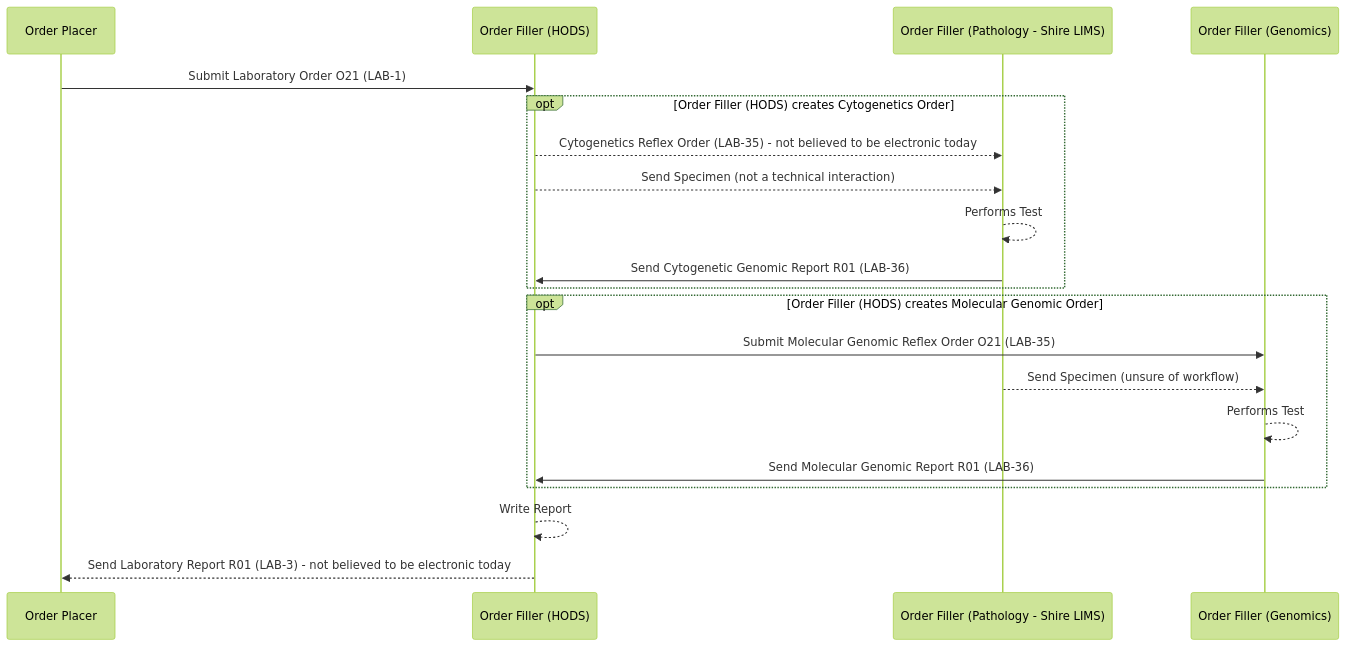
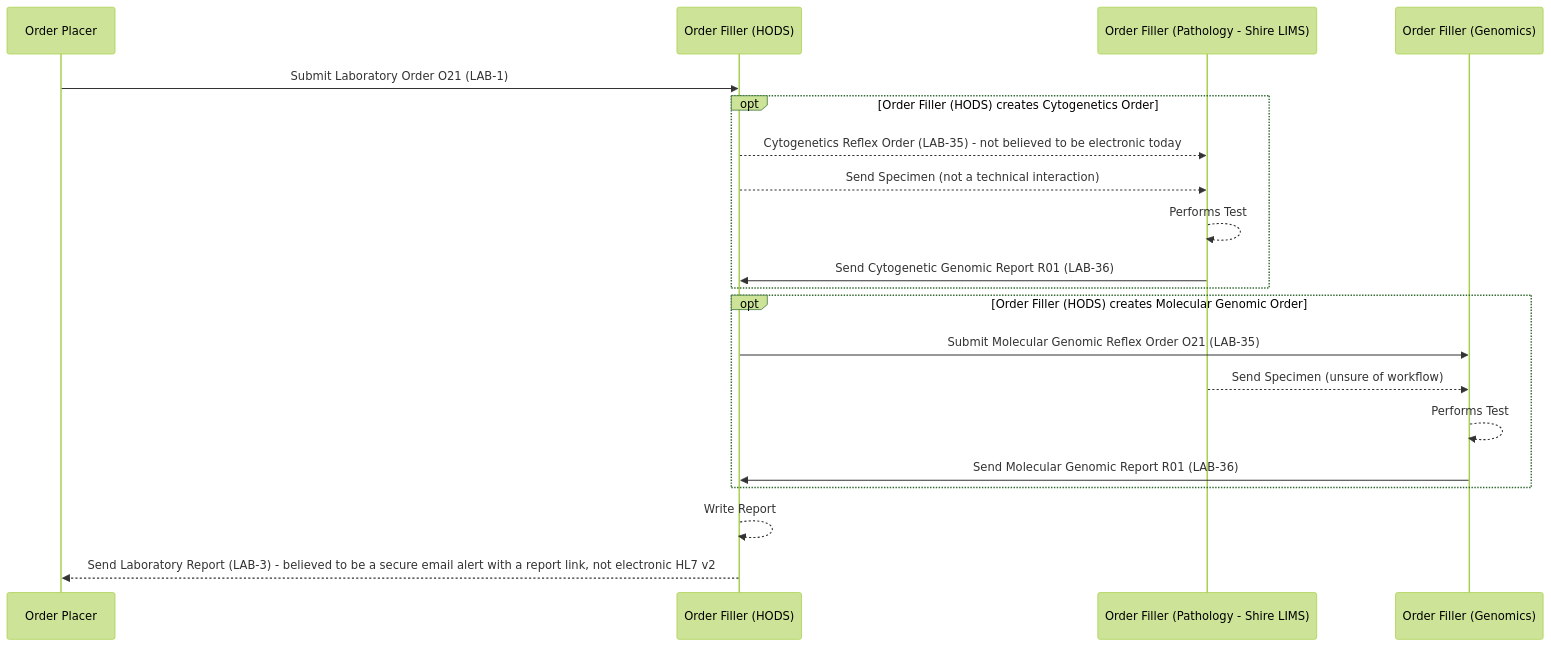
Before and after one commit to nw-gmsa/nw-gmsa.github.com: the second of 2 diagrams in input/pagecontent/HaematoOncologyPathway.md, drawn with Mermaid (forest theme). The commit also changed other lines of this file, not shown here.

First line of the commit message:
Clarify LAB-3 delivery: secure email alert with report link, citing NEY precedent

````diff
--- a/input/pagecontent/HaematoOncologyPathway.md
+++ b/input/pagecontent/HaematoOncologyPathway.md
@@ -100,32 +105,32 @@
 ```mermaid
 sequenceDiagram
 
 
 participant EPR as Order Placer
 participant LIMS as Order Filler (HODS)
 participant LIMSP as Order Filler (Pathology - Shire LIMS)
 participant LIMSG as Order Filler (Genomics)
 
 
 EPR ->> LIMS: Submit Laboratory Order O21 (LAB-1)
 
 opt Order Filler (HODS) creates Cytogenetics Order
 
 
     LIMS -->> LIMSP: Cytogenetics Reflex Order (LAB-35) - not believed to be electronic today
     LIMS -->> LIMSP: Send Specimen (not a technical interaction)
     LIMSP -->> LIMSP : Performs Test
     LIMSP ->> LIMS: Send Cytogenetic Genomic Report R01 (LAB-36)
 end
 
 opt Order Filler (HODS) creates Molecular Genomic Order
 
    
     LIMS ->> LIMSG: Submit Molecular Genomic Reflex Order O21 (LAB-35)
     LIMSP -->> LIMSG: Send Specimen (unsure of workflow)
     LIMSG -->> LIMSG : Performs Test
     LIMSG ->> LIMS: Send Molecular Genomic Report R01 (LAB-36)
 end
 LIMS -->> LIMS: Write Report
-LIMS -->> EPR: Send Laboratory Report R01 (LAB-3) - not believed to be electronic today
+LIMS -->> EPR: Send Laboratory Report (LAB-3) - believed to be a secure email alert with a report link, not electronic HL7 v2
 ```
````
